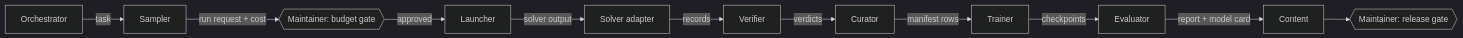
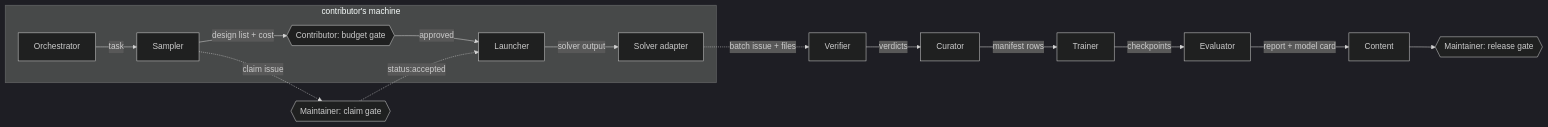
The diagram in docs/AGENT_ROLES.md (benjhardy/rfsurrogates), drawn with Mermaid (dark theme) before and after one commit. The commit also changed other lines of this file and 7 other files, not shown here.

Commit message:
Agent roles: agents run on contributor machines, GitHub issues as the task queue (issue forms, label list, test)

````diff
--- a/docs/AGENT_ROLES.md
+++ b/docs/AGENT_ROLES.md
@@ -43,13 +54,17 @@
 ```mermaid
 flowchart LR
-  O[Orchestrator] -->|task| S[Sampler]
-  S -->|run request + cost| M{{Maintainer: budget gate}}
-  M -->|approved| L[Launcher]
-  L -->|solver output| A[Solver adapter]
-  A -->|records| V[Verifier]
+  subgraph contributor [contributor's machine]
+    O[Orchestrator] -->|task| S[Sampler]
+    S -->|design list + cost| B{{Contributor: budget gate}}
+    B -->|approved| L[Launcher]
+    L -->|solver output| A[Solver adapter]
+  end
+  S -.->|claim issue| M{{Maintainer: claim gate}}
+  M -.->|status:accepted| L
+  A -.->|batch issue + files| V[Verifier]
   V -->|verdicts| C[Curator]
   C -->|manifest rows| T[Trainer]
   T -->|checkpoints| E[Evaluator]
   E -->|report + model card| K[Content]
   K --> M2{{Maintainer: release gate}}
 ```
````
